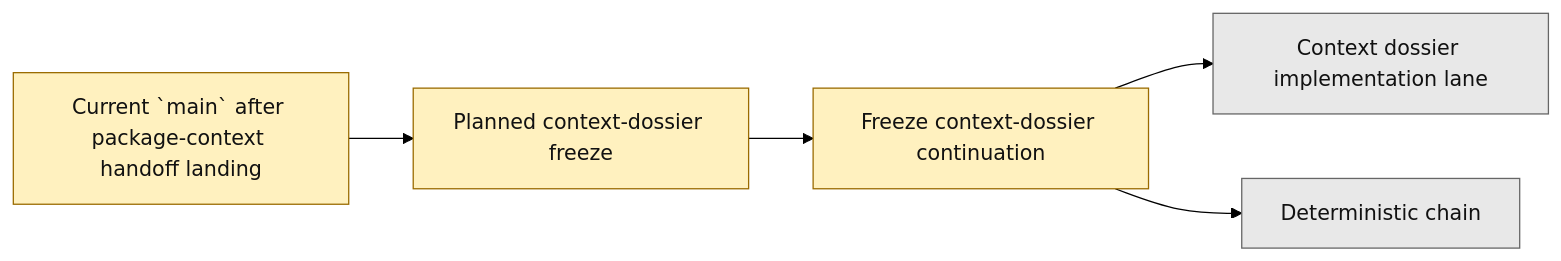
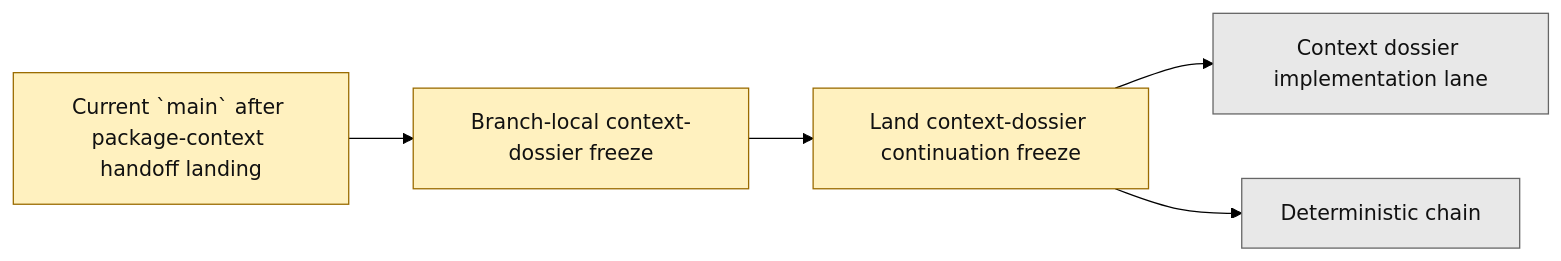
The second of 2 diagrams in next_milestone_plans/layer3_progress_board.md (benjmcd/project6_REPO_MCP_FOLDER), drawn with Mermaid (forest theme) before and after one commit. The commit also changed other lines of this file and 8 other files, not shown here.

Commit message:
docs(layer3): freeze aps context-dossier continuation

````diff
--- a/next_milestone_plans/layer3_progress_board.md
+++ b/next_milestone_plans/layer3_progress_board.md
@@ -123,13 +130,13 @@
 ```mermaid
 flowchart LR
-    A["Current `main` after package-context handoff landing"] --> B["Planned context-dossier freeze"]
-    B --> C["Freeze context-dossier continuation"]
+    A["Current `main` after package-context handoff landing"] --> B["Branch-local context-dossier freeze"]
+    B --> C["Land context-dossier continuation freeze"]
     C --> D["Context dossier implementation lane"]
     C --> E["Deterministic chain"]
 
     classDef next fill:#fff1bf,stroke:#9a6b00,color:#111;
     classDef future fill:#e8e8e8,stroke:#666,color:#111;
 
     class A,B,C next;
     class D,E future;
 ```
````
